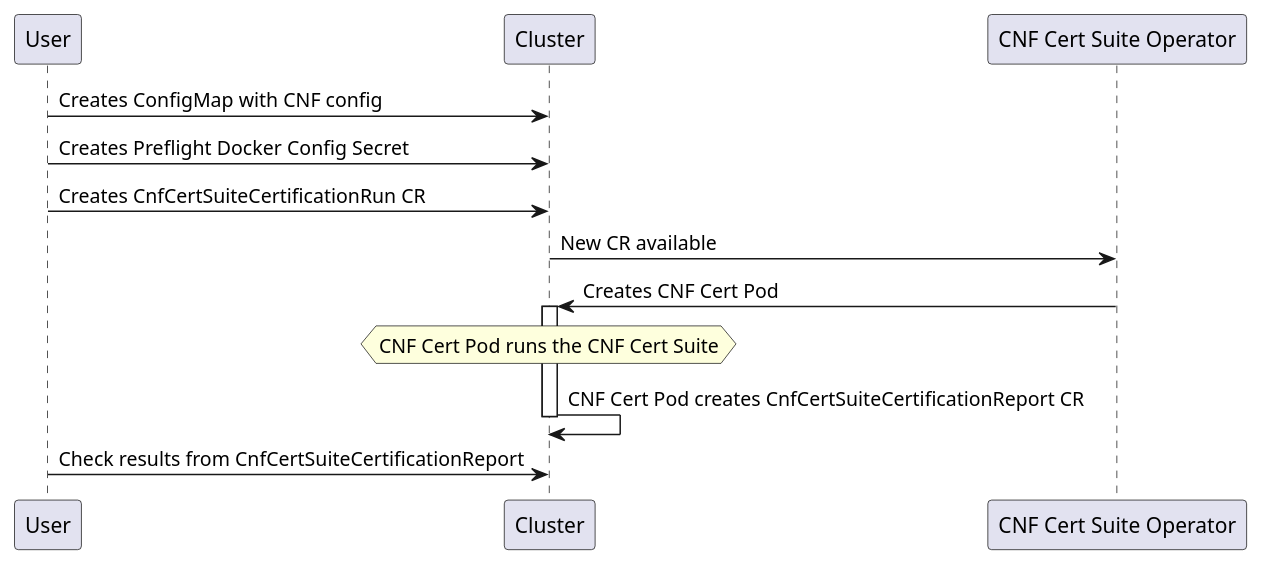
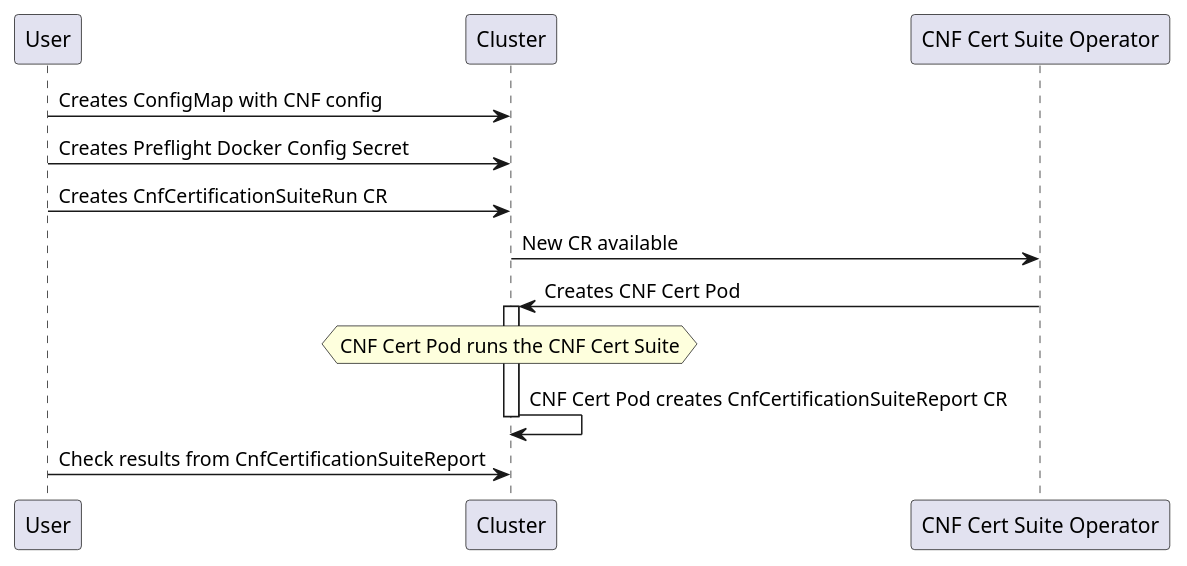
The diagram in doc/uml/use_case_run.puml (test-network-function/cnf-certsuite-operator), drawn with PlantUML before and after one commit. The commit also changed 1 other file, not shown here.

Commit message:
Fixed wrong CR name in UML diagrams. (#21)
CnfCertSuiteCertificationRun changed to CnfCertificationSuiteRun

```diff
--- a/doc/uml/use_case_run.puml
+++ b/doc/uml/use_case_run.puml
@@ -1,12 +1,12 @@
 @startuml "Run sequence"
 User -> Cluster : Creates ConfigMap with CNF config
 User -> Cluster: Creates Preflight Docker Config Secret
-User -> Cluster : Creates CnfCertSuiteCertificationRun CR
+User -> Cluster : Creates CnfCertificationSuiteRun CR
 Cluster -> "CNF Cert Suite Operator" : New CR available
 "CNF Cert Suite Operator" -> Cluster : Creates CNF Cert Pod
 hnote over Cluster : CNF Cert Pod runs the CNF Cert Suite
 activate Cluster
-Cluster -> Cluster : CNF Cert Pod creates CnfCertSuiteCertificationReport CR
+Cluster -> Cluster : CNF Cert Pod creates CnfCertificationSuiteReport CR
 deactivate Cluster
-User -> Cluster : Check results from CnfCertSuiteCertificationReport
+User -> Cluster : Check results from CnfCertificationSuiteReport
 @enduml
```
